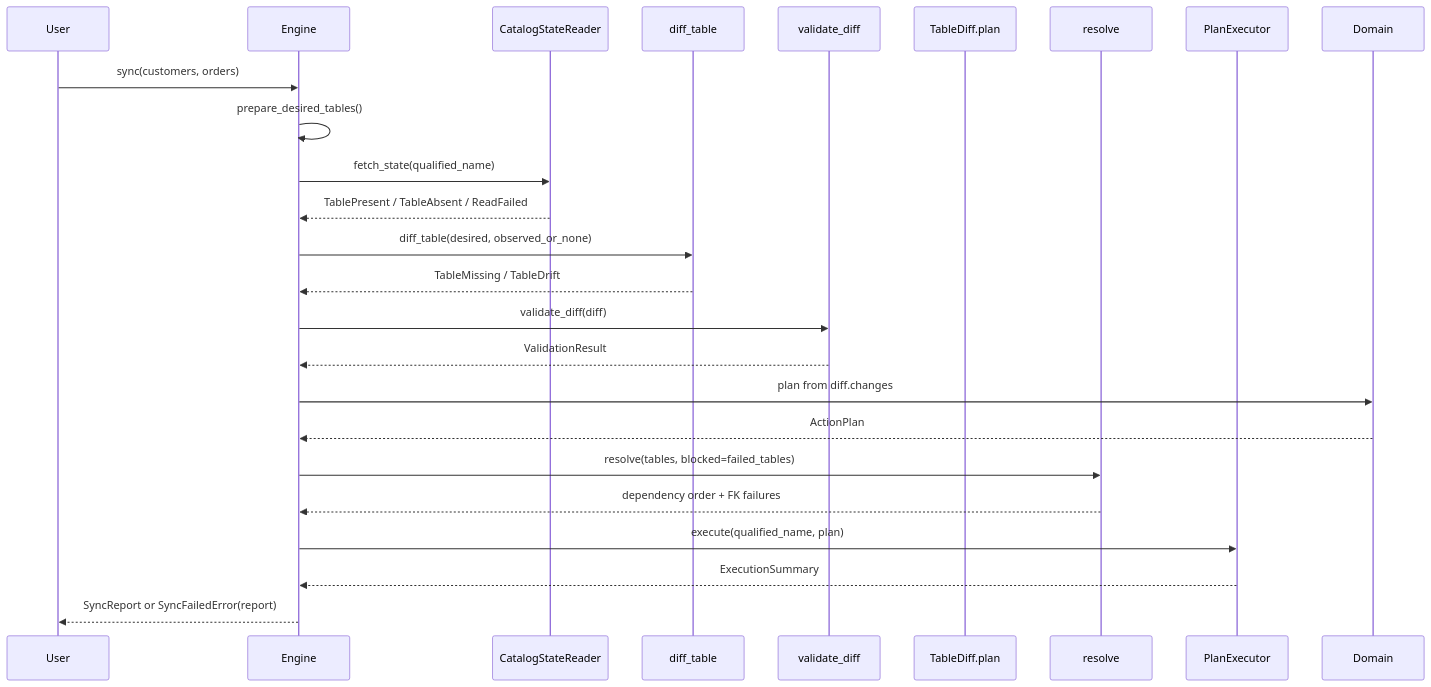
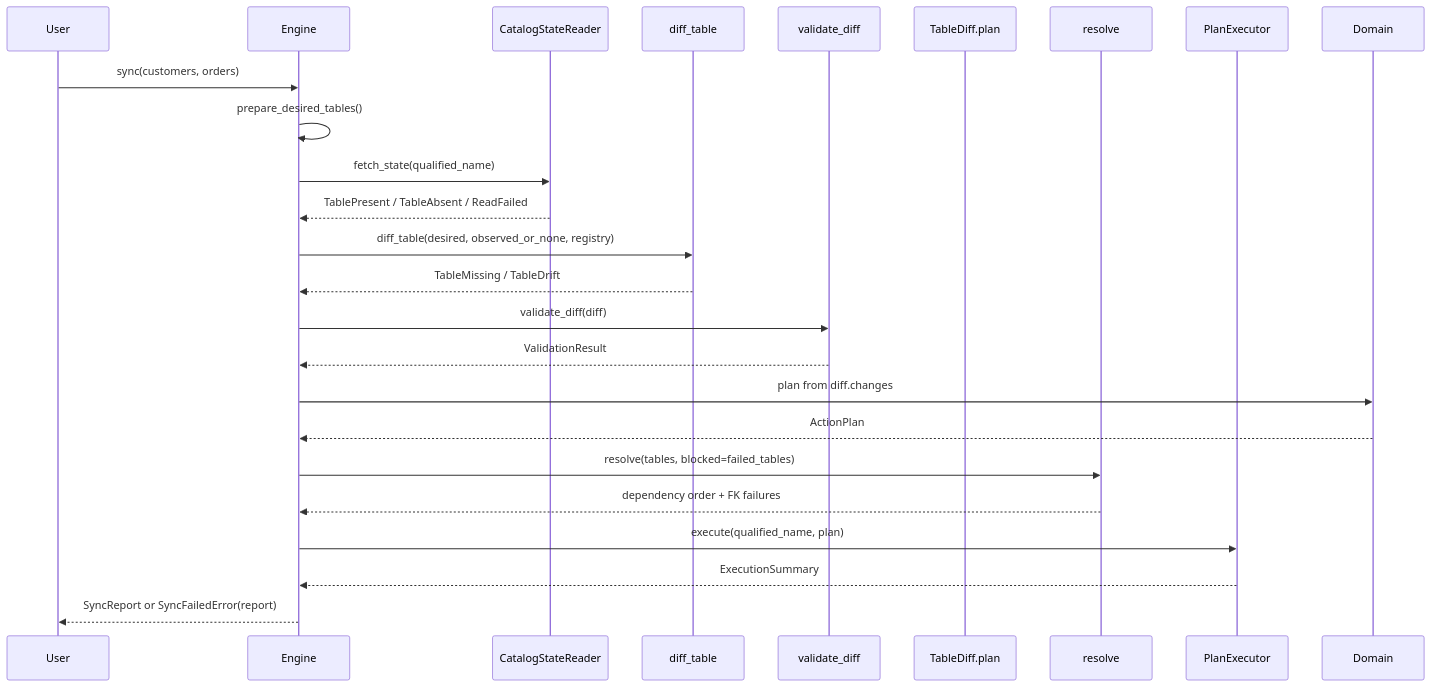
Before and after one commit to Tomoscorbin/delta-engine: the third of 5 diagrams in docs/explanation-architecture.md, drawn with Mermaid. The commit also changed other lines of this file and 5 other files, not shown here.

````diff
--- a/docs/explanation-architecture.md
+++ b/docs/explanation-architecture.md
@@ -137,27 +137,27 @@
 ```mermaid
 sequenceDiagram
     participant User
     participant Engine
     participant Reader as CatalogStateReader
     participant Differ as diff_table
     participant Validator as validate_diff
     participant Planner as TableDiff.plan
     participant Resolver as resolve
     participant Executor as PlanExecutor
 
     User->>Engine: sync(customers, orders)
     Engine->>Engine: prepare_desired_tables()
     Engine->>Reader: fetch_state(qualified_name)
     Reader-->>Engine: TablePresent / TableAbsent / ReadFailed
-    Engine->>Differ: diff_table(desired, observed_or_none)
+    Engine->>Differ: diff_table(desired, observed_or_none, registry)
     Differ-->>Engine: TableMissing / TableDrift
     Engine->>Validator: validate_diff(diff)
     Validator-->>Engine: ValidationResult
     Engine->>Domain: plan from diff.changes
     Domain-->>Engine: ActionPlan
     Engine->>Resolver: resolve(tables, blocked=failed_tables)
     Resolver-->>Engine: dependency order + FK failures
     Engine->>Executor: execute(qualified_name, plan)
     Executor-->>Engine: ExecutionSummary
     Engine-->>User: SyncReport or SyncFailedError(report)
 ```
````
